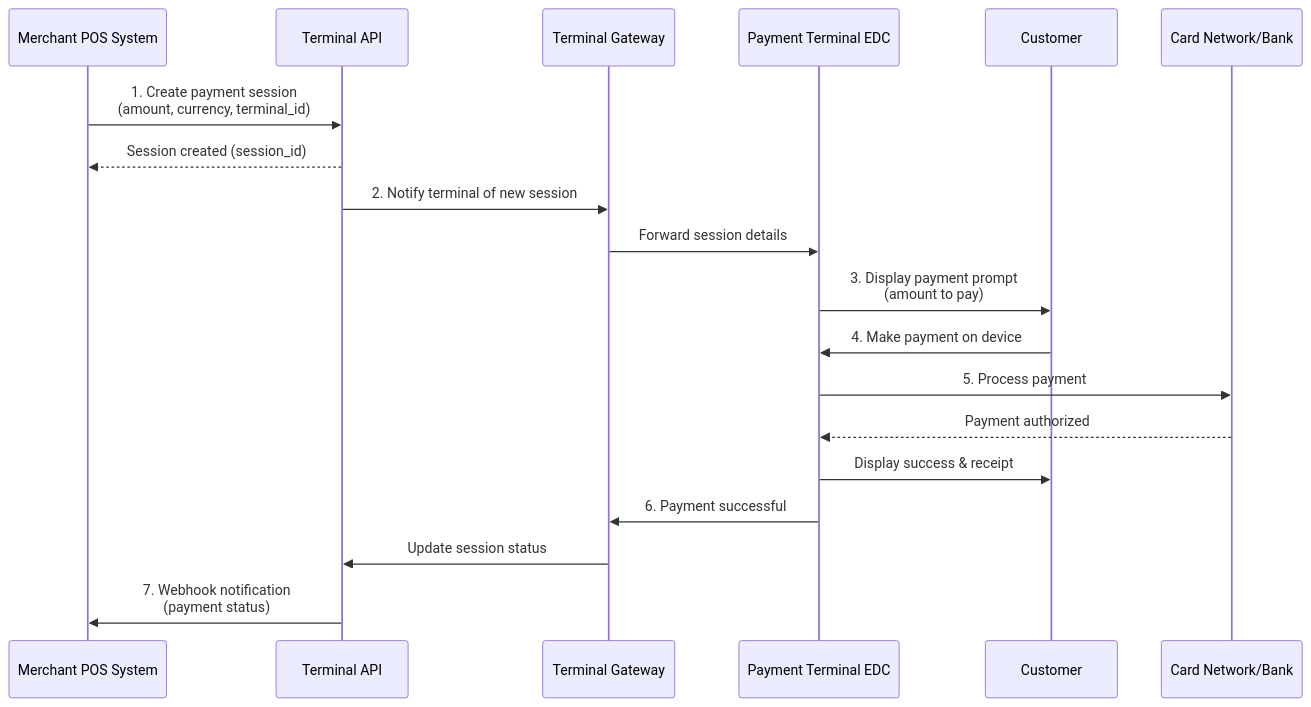
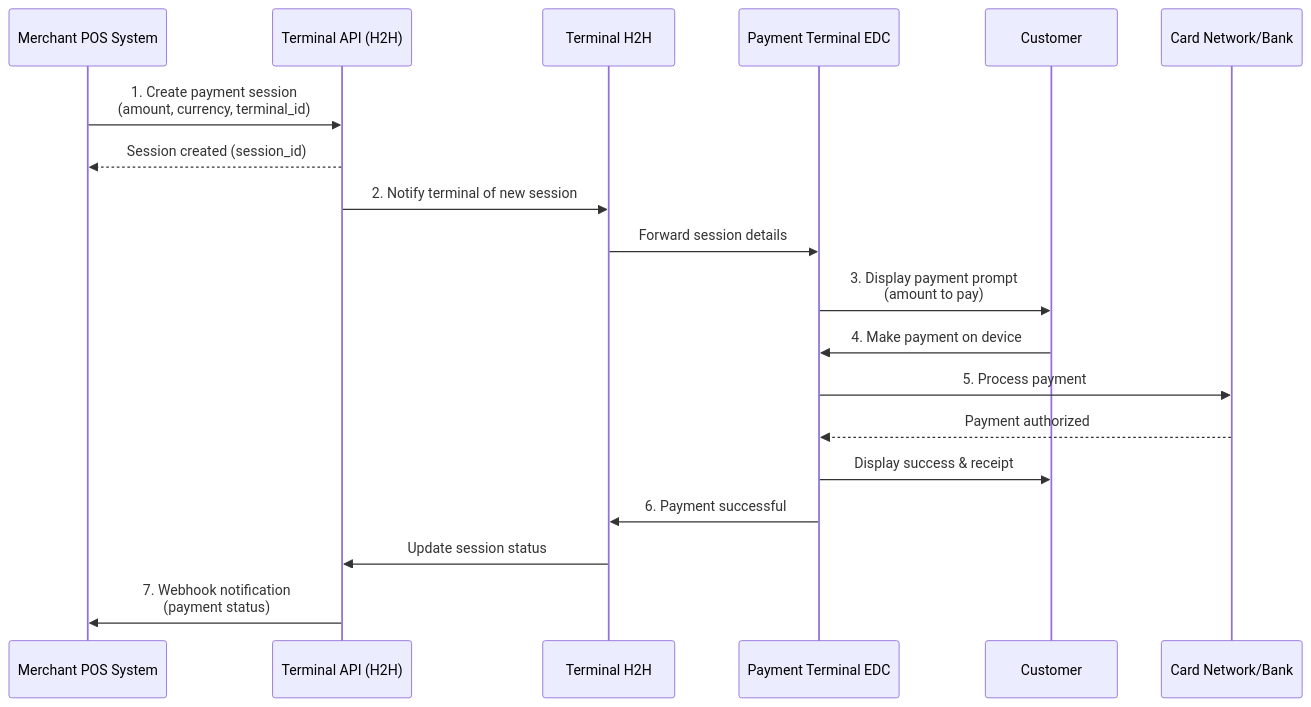
Before and after one commit to umarrasydan/docs: the diagram in index.mdx, drawn with Mermaid. The commit also changed other lines of this file and 67 other files, not shown here.

````diff
--- a/index.mdx
+++ b/index.mdx
@@ -68,26 +60,26 @@
 ```mermaid
 sequenceDiagram
     participant Merchant as Merchant POS System
-    participant Xendit as Terminal API
-    participant Gateway as Terminal Gateway
+    participant Xendit as Terminal API (H2H)
+    participant Gateway as Terminal H2H
     participant Terminal as Payment Terminal EDC
     participant Customer as Customer
     participant Bank as Card Network/Bank
 
     Merchant->>Xendit: 1. Create payment session<br/>(amount, currency, terminal_id)
     Xendit-->>Merchant: Session created (session_id)
-    
+
     Xendit->>Gateway: 2. Notify terminal of new session
     Gateway->>Terminal: Forward session details
     Terminal->>Customer: 3. Display payment prompt<br/>(amount to pay)
-    
+
     Customer->>Terminal: 4. Make payment on device
     Terminal->>Bank: 5. Process payment
     Bank-->>Terminal: Payment authorized
 
     Terminal->>Customer: Display success & receipt
-    
+
     Terminal->>Gateway: 6. Payment successful
     Gateway->>Xendit: Update session status
     Xendit->>Merchant: 7. Webhook notification<br/>(payment status)
 ```
````
